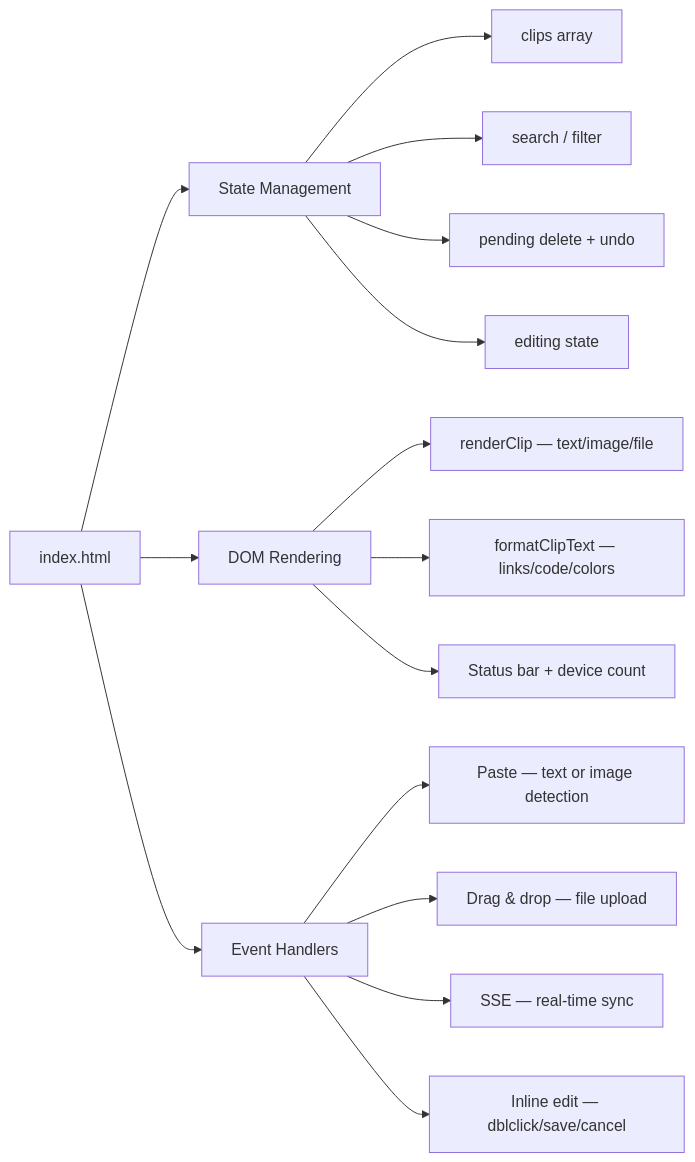
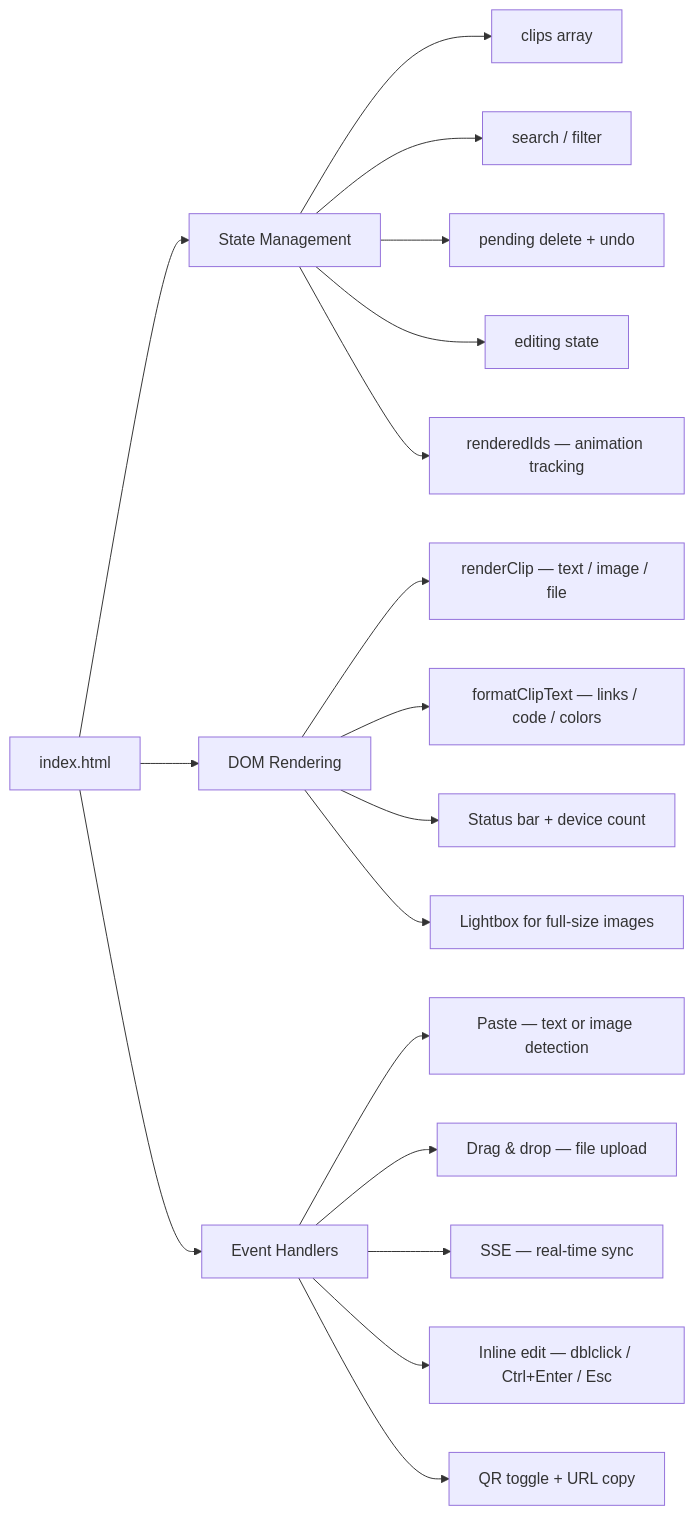
Before and after one commit to JoaquinSantarcangelo/clipbox: the second of 5 diagrams in README.md, drawn with Mermaid. The commit also changed other lines of this file, not shown here.

````diff
--- a/README.md
+++ b/README.md
@@ -167,20 +182,23 @@
 ```mermaid
 graph LR
     A[index.html] --> B[State Management]
     A --> C[DOM Rendering]
     A --> D[Event Handlers]
 
     B --> B1[clips array]
     B --> B2[search / filter]
     B --> B3[pending delete + undo]
     B --> B4[editing state]
+    B --> B5[renderedIds — animation tracking]
 
-    C --> C1[renderClip — text/image/file]
-    C --> C2[formatClipText — links/code/colors]
+    C --> C1["renderClip — text / image / file"]
+    C --> C2["formatClipText — links / code / colors"]
     C --> C3[Status bar + device count]
+    C --> C4[Lightbox for full-size images]
 
     D --> D1[Paste — text or image detection]
     D --> D2[Drag & drop — file upload]
     D --> D3[SSE — real-time sync]
-    D --> D4[Inline edit — dblclick/save/cancel]
+    D --> D4["Inline edit — dblclick / Ctrl+Enter / Esc"]
+    D --> D5[QR toggle + URL copy]
 ```
````
